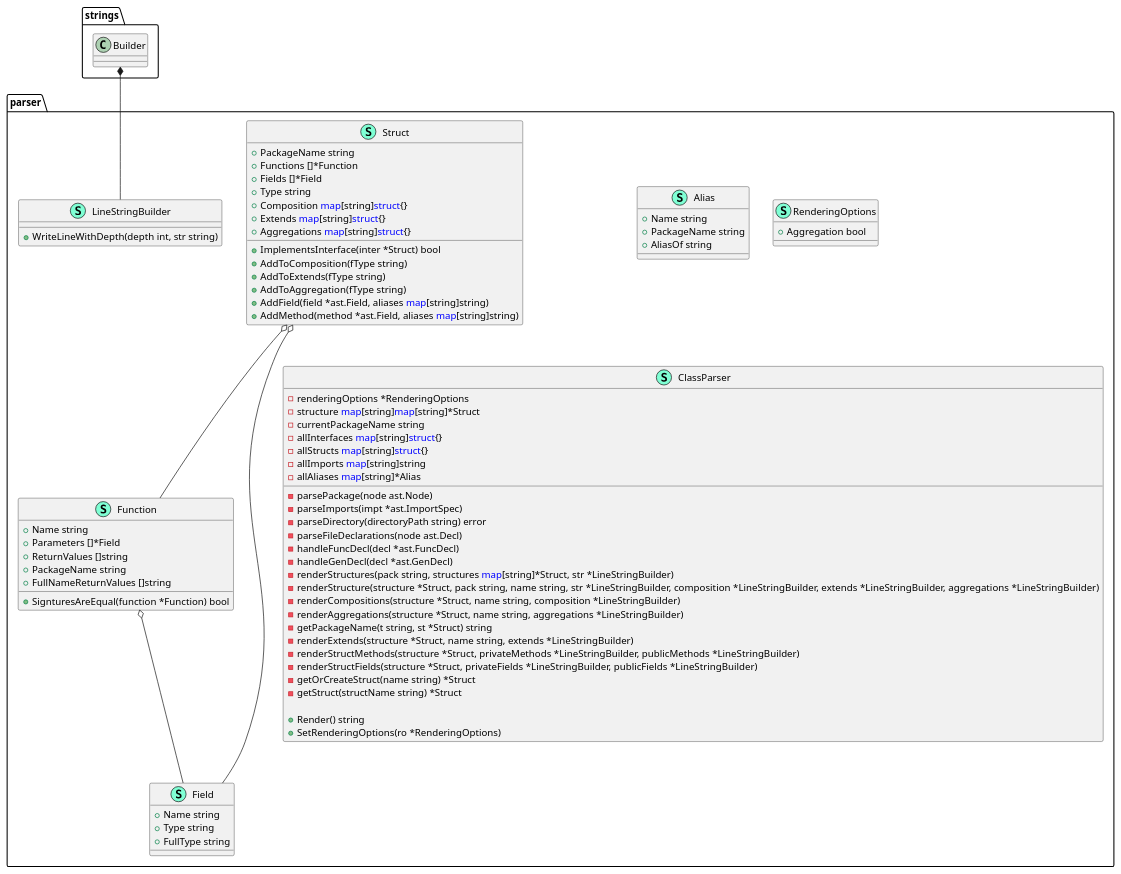
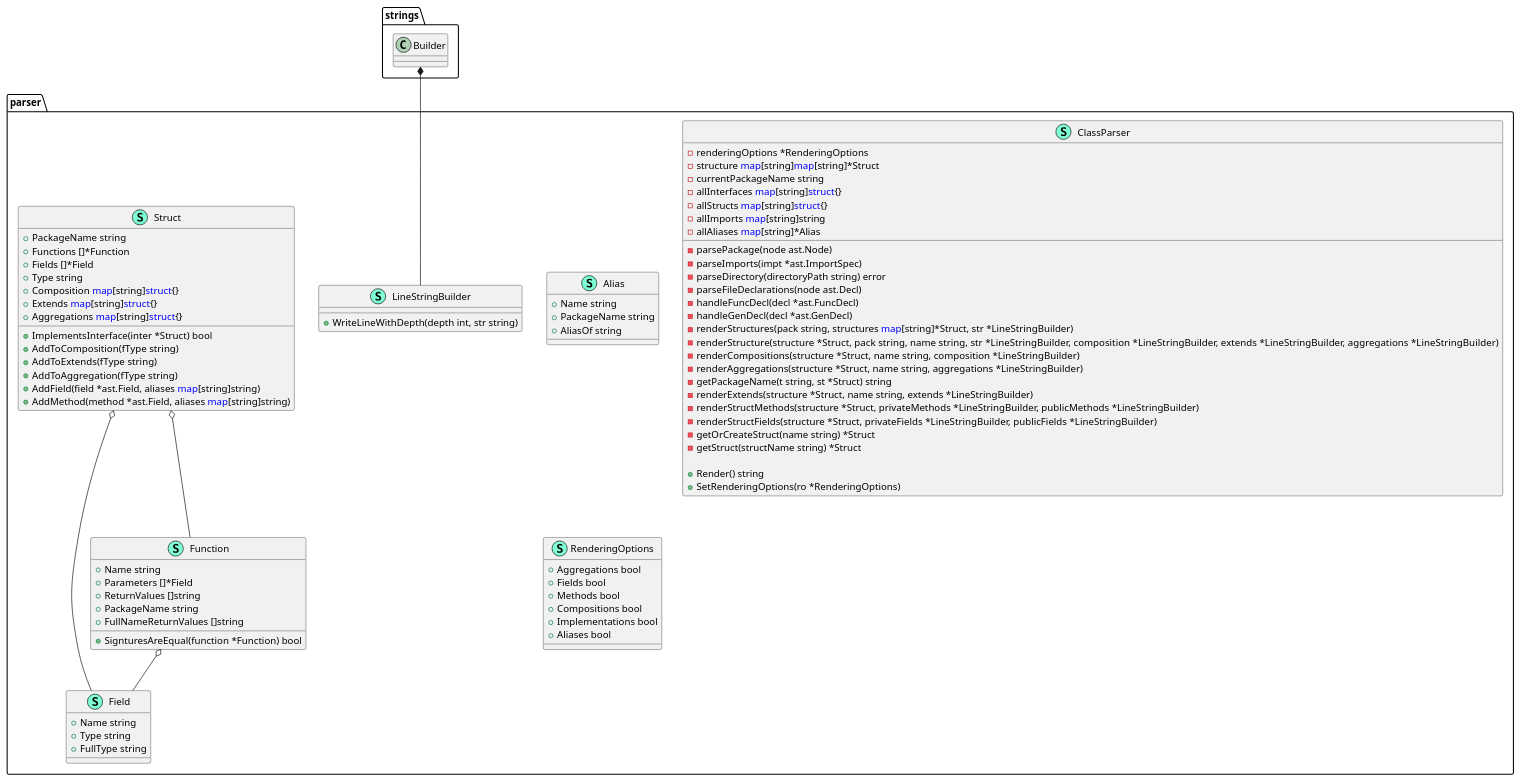
The diagram in ClassDiagram.puml (thgoexpt/PlantUML-Class-Diagram-Generator-for-golang-projects), drawn with PlantUML before and after one commit. The commit also changed 6 other files, not shown here.

```diff
--- a/ClassDiagram.puml
+++ b/ClassDiagram.puml
@@ -1,88 +1,93 @@
 @startuml
 namespace parser {
-    class Struct << (S,Aquamarine) >> {
-        + PackageName string
-        + Functions []*Function
-        + Fields []*Field
-        + Type string
-        + Composition <font color=blue>map</font>[string]<font color=blue>struct</font>{}
-        + Extends <font color=blue>map</font>[string]<font color=blue>struct</font>{}
-        + Aggregations <font color=blue>map</font>[string]<font color=blue>struct</font>{}
-
-        + ImplementsInterface(inter *Struct) bool
-        + AddToComposition(fType string) 
-        + AddToExtends(fType string) 
-        + AddToAggregation(fType string) 
-        + AddField(field *ast.Field, aliases <font color=blue>map</font>[string]string) 
-        + AddMethod(method *ast.Field, aliases <font color=blue>map</font>[string]string) 
-
-    }
-    class Function << (S,Aquamarine) >> {
-        + Name string
-        + Parameters []*Field
-        + ReturnValues []string
-        + PackageName string
-        + FullNameReturnValues []string
-
-        + SignturesAreEqual(function *Function) bool
-
-    }
     class Alias << (S,Aquamarine) >> {
         + Name string
         + PackageName string
         + AliasOf string
-
-    }
-    class Field << (S,Aquamarine) >> {
-        + Name string
-        + Type string
-        + FullType string
-
-    }
-    class LineStringBuilder << (S,Aquamarine) >> {
-        + WriteLineWithDepth(depth int, str string) 
-
-    }
-    class RenderingOptions << (S,Aquamarine) >> {
-        + Aggregation bool
 
     }
     class ClassParser << (S,Aquamarine) >> {
         - renderingOptions *RenderingOptions
         - structure <font color=blue>map</font>[string]<font color=blue>map</font>[string]*Struct
         - currentPackageName string
         - allInterfaces <font color=blue>map</font>[string]<font color=blue>struct</font>{}
         - allStructs <font color=blue>map</font>[string]<font color=blue>struct</font>{}
         - allImports <font color=blue>map</font>[string]string
         - allAliases <font color=blue>map</font>[string]*Alias
 
         - parsePackage(node ast.Node) 
         - parseImports(impt *ast.ImportSpec) 
         - parseDirectory(directoryPath string) error
         - parseFileDeclarations(node ast.Decl) 
         - handleFuncDecl(decl *ast.FuncDecl) 
         - handleGenDecl(decl *ast.GenDecl) 
         - renderStructures(pack string, structures <font color=blue>map</font>[string]*Struct, str *LineStringBuilder) 
         - renderStructure(structure *Struct, pack string, name string, str *LineStringBuilder, composition *LineStringBuilder, extends *LineStringBuilder, aggregations *LineStringBuilder) 
         - renderCompositions(structure *Struct, name string, composition *LineStringBuilder) 
         - renderAggregations(structure *Struct, name string, aggregations *LineStringBuilder) 
         - getPackageName(t string, st *Struct) string
         - renderExtends(structure *Struct, name string, extends *LineStringBuilder) 
         - renderStructMethods(structure *Struct, privateMethods *LineStringBuilder, publicMethods *LineStringBuilder) 
         - renderStructFields(structure *Struct, privateFields *LineStringBuilder, publicFields *LineStringBuilder) 
         - getOrCreateStruct(name string) *Struct
         - getStruct(structName string) *Struct
 
         + Render() string
         + SetRenderingOptions(ro *RenderingOptions) 
 
     }
+    class Field << (S,Aquamarine) >> {
+        + Name string
+        + Type string
+        + FullType string
+
+    }
+    class Function << (S,Aquamarine) >> {
+        + Name string
+        + Parameters []*Field
+        + ReturnValues []string
+        + PackageName string
+        + FullNameReturnValues []string
+
+        + SignturesAreEqual(function *Function) bool
+
+    }
+    class LineStringBuilder << (S,Aquamarine) >> {
+        + WriteLineWithDepth(depth int, str string) 
+
+    }
+    class RenderingOptions << (S,Aquamarine) >> {
+        + Aggregations bool
+        + Fields bool
+        + Methods bool
+        + Compositions bool
+        + Implementations bool
+        + Aliases bool
+
+    }
+    class Struct << (S,Aquamarine) >> {
+        + PackageName string
+        + Functions []*Function
+        + Fields []*Field
+        + Type string
+        + Composition <font color=blue>map</font>[string]<font color=blue>struct</font>{}
+        + Extends <font color=blue>map</font>[string]<font color=blue>struct</font>{}
+        + Aggregations <font color=blue>map</font>[string]<font color=blue>struct</font>{}
+
+        + ImplementsInterface(inter *Struct) bool
+        + AddToComposition(fType string) 
+        + AddToExtends(fType string) 
+        + AddToAggregation(fType string) 
+        + AddField(field *ast.Field, aliases <font color=blue>map</font>[string]string) 
+        + AddMethod(method *ast.Field, aliases <font color=blue>map</font>[string]string) 
+
+    }
 }
 "strings.Builder" *-- "parser.LineStringBuilder"
 
 
+"parser.Function" o-- "parser.Field"
+"parser.Struct" o-- "parser.Field"
 "parser.Struct" o-- "parser.Function"
-"parser.Struct" o-- "parser.Field"
-"parser.Function" o-- "parser.Field"
 
 @enduml
```
